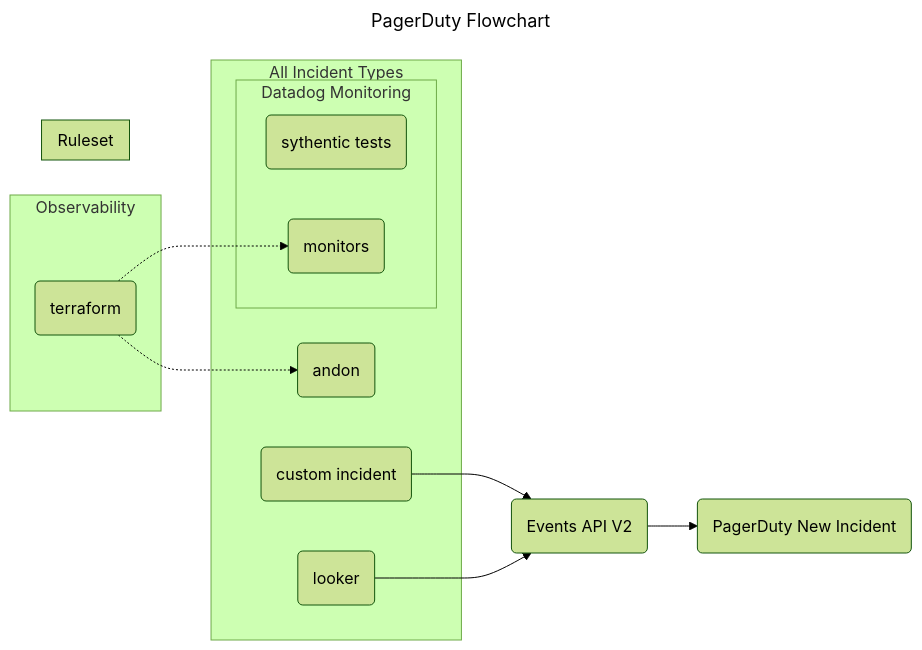
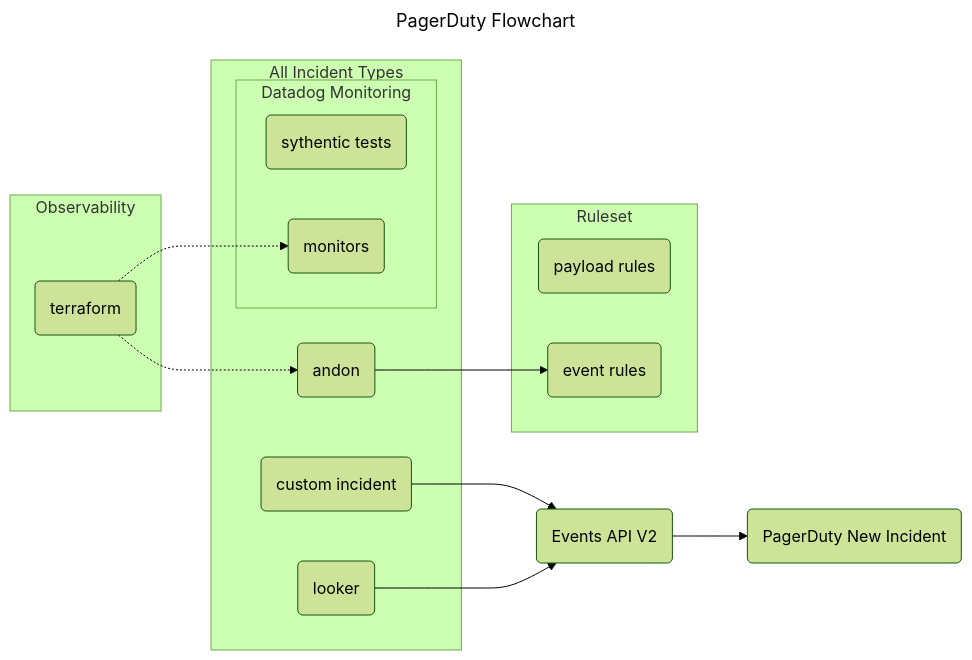
The diagram in diagrams/diagram2.mmd (jessicahirsch/Mermaid-Diagrams), drawn with Mermaid (forest theme) before and after one commit.

Commit message:
feat: payload and event rules in Ruleset subgraph

```diff
--- a/diagrams/diagram2.mmd
+++ b/diagrams/diagram2.mmd
@@ -1,30 +1,32 @@
 ---
 title: PagerDuty Flowchart
 ---
 flowchart LR
 
 subgraph Observability
     A(terraform)
 end
 
 subgraph All Incident Types
     subgraph Datadog Monitoring
         B(sythentic tests)
         A(terraform)-.->C(monitors)
     end
     D(andon)
     A(terraform)-.->D(andon)
     E(custom incident)
     F(looker)
 end
 
 E(custom incident)-->G(Events API V2)
 F(looker)-->G(Events API 2)
 
 G(Events API V2)-->H(PagerDuty New Incident)
 
 subgraph Ruleset
+    I(payload rules)
+    D(andon)-->J(event rules)
 end
 
 %% style A fill:#f9f,stroke:#333,stroke-width:4px
 %% style Observability font-weight:bold
```
